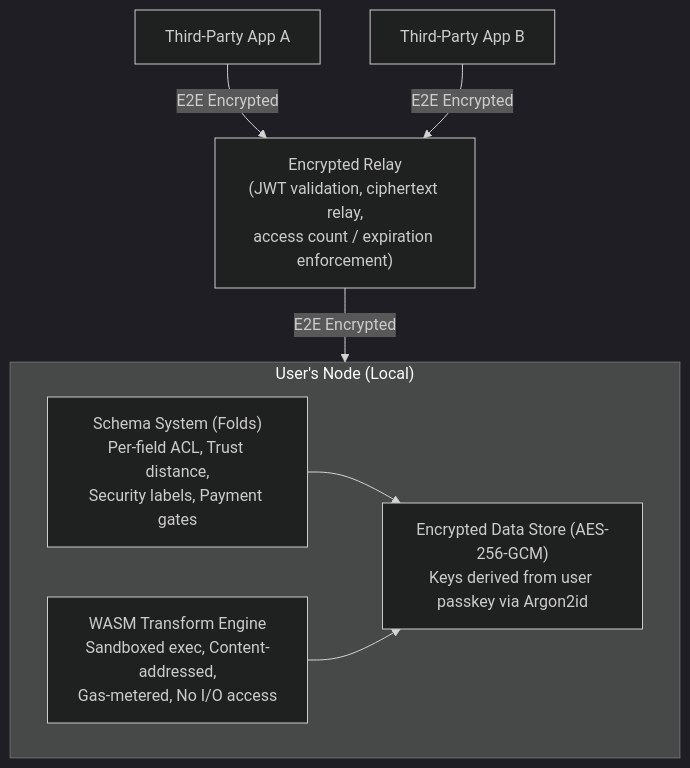
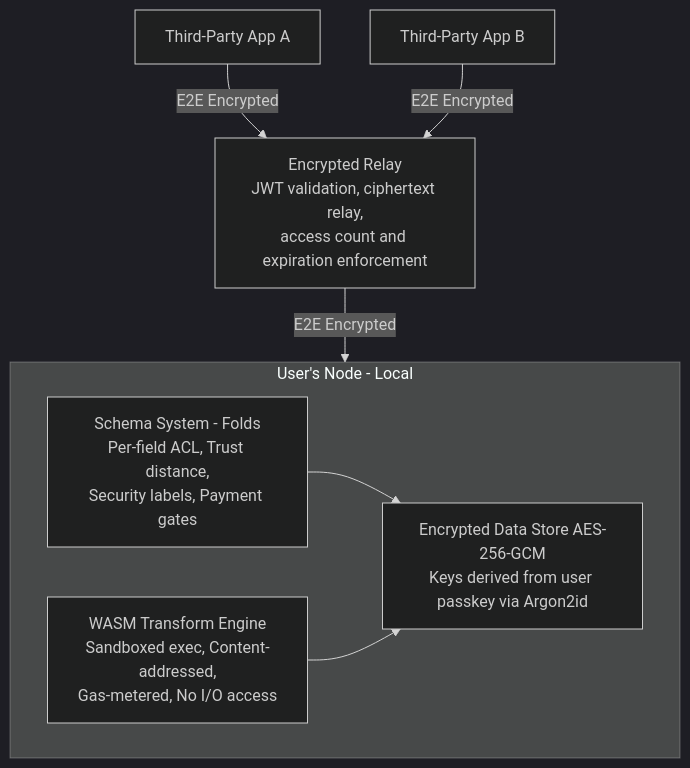
One commit to EdgeVector/edgevector-website changed the first of 5 diagrams in public/docs/corporate/patent_compute_without_exposure.md. Above: the diagram before and after it, drawn with Mermaid (dark theme). The commit also changed other lines of this file and 5 other files, not shown here.

First line of the commit message:
fix: render mermaid diagrams in patent PDFs and clean mermaid syntax

````diff
--- a/public/docs/corporate/patent_compute_without_exposure.md
+++ b/public/docs/corporate/patent_compute_without_exposure.md
@@ -89,14 +89,14 @@
 ```mermaid
 graph TD
-    AppA["Third-Party App A"] -- "E2E Encrypted" --> Relay["Encrypted Relay<br/>(JWT validation, ciphertext relay,<br/>access count / expiration enforcement)"]
+    AppA["Third-Party App A"] -- "E2E Encrypted" --> Relay["Encrypted Relay<br/>JWT validation, ciphertext relay,<br/>access count and expiration enforcement"]
     AppB["Third-Party App B"] -- "E2E Encrypted" --> Relay
-    Relay -- "E2E Encrypted" --> Node["User's Node (Local)"]
+    Relay -- "E2E Encrypted" --> UserNode
 
-    subgraph Node["User's Node (Local)"]
-        Schema["Schema System (Folds)<br/>Per-field ACL, Trust distance,<br/>Security labels, Payment gates"]
-        WASM["WASM Transform Engine<br/>Sandboxed exec, Content-addressed,<br/>Gas-metered, No I/O access"]
-        Store["Encrypted Data Store (AES-256-GCM)<br/>Keys derived from user passkey via Argon2id"]
+    subgraph UserNode["User's Node - Local"]
+        Schema["Schema System - Folds<br/>Per-field ACL, Trust distance,<br/>Security labels, Payment gates"]
+        WasmEng["WASM Transform Engine<br/>Sandboxed exec, Content-addressed,<br/>Gas-metered, No I/O access"]
+        Store["Encrypted Data Store AES-256-GCM<br/>Keys derived from user passkey via Argon2id"]
         Schema --> Store
-        WASM --> Store
+        WasmEng --> Store
     end
 ```
````
